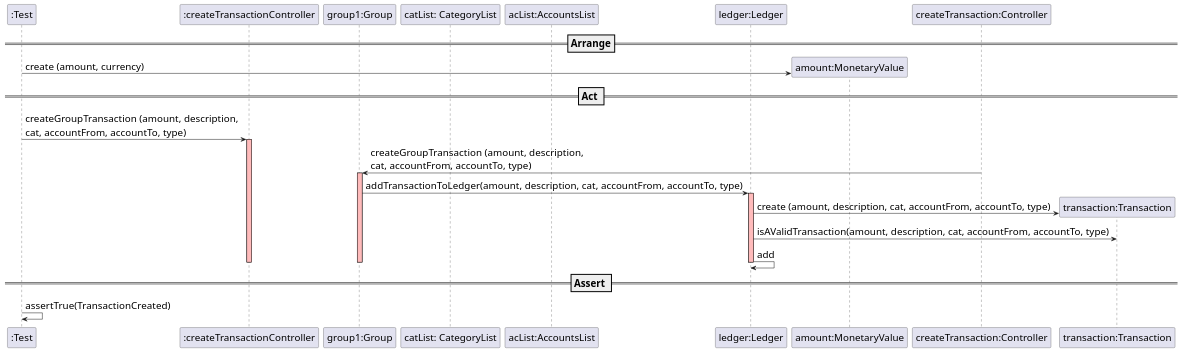
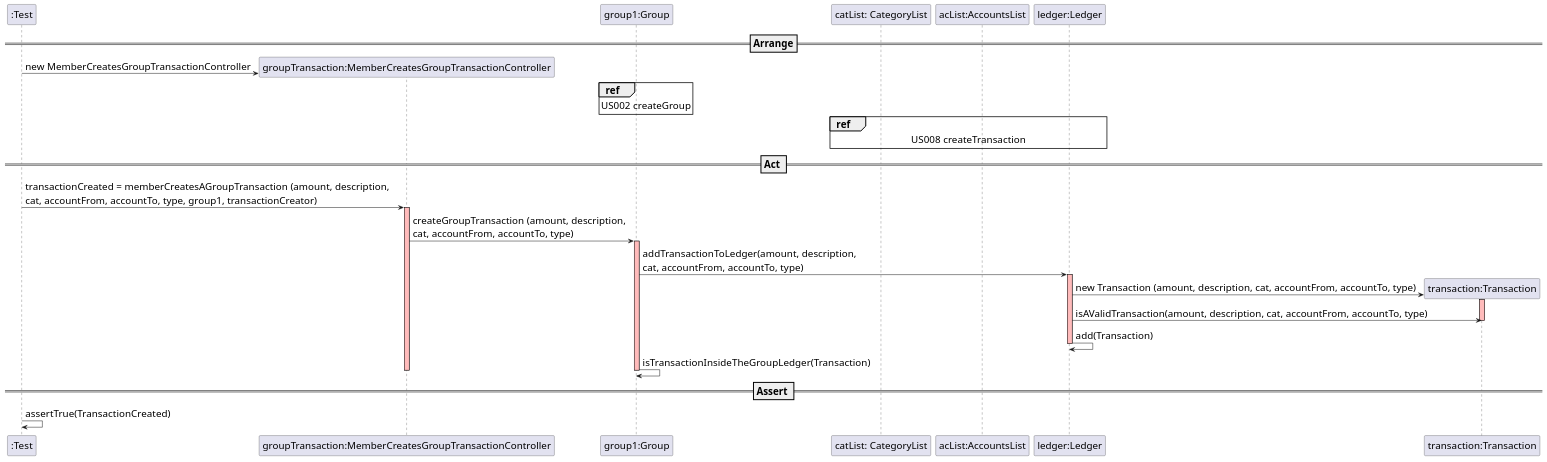
The diagram in docs/SequenceDiagram - US008.1.puml (mleitaoribeiro/DevOpsMaven), drawn with PlantUML before and after one commit. The commit also changed 1 other file, not shown here.

Commit message:
ref #372, ref #372

```diff
--- a/docs/SequenceDiagram - US008.1.puml
+++ b/docs/SequenceDiagram - US008.1.puml
@@ -2,41 +1,54 @@
 @startuml
 
 skinparam DefaultFontSize 20
 
 create ":Test"
 
 ==Arrange==
-create ":createTransactionController"
-create "group1:Group"
-create "catList: CategoryList"
-create "acList:AccountsList"
-create "ledger:Ledger"
+create "groupTransaction:MemberCreatesGroupTransactionController"
+":Test" -> "groupTransaction:MemberCreatesGroupTransactionController" : new MemberCreatesGroupTransactionController
 
-create "amount:MonetaryValue"
-":Test" -> "amount:MonetaryValue" : create (amount, currency)
+participant "group1:Group"
+participant "catList: CategoryList"
+participant "acList:AccountsList"
+participant "ledger:Ledger"
+
+ref over "group1:Group"
+    US002 createGroup
+end
+
+ref over "catList: CategoryList", "acList:AccountsList", "ledger:Ledger"
+    US008 createTransaction
+end
 
 == Act ==
 
-":Test" -> ":createTransactionController" : createGroupTransaction (amount, description, \ncat, accountFrom, accountTo, type)
-activate ":createTransactionController"  #FFBBBB
+":Test" -> "groupTransaction:MemberCreatesGroupTransactionController" : transactionCreated = memberCreatesAGroupTransaction (amount, description, \ncat, accountFrom, accountTo, type, group1, transactionCreator)
+activate "groupTransaction:MemberCreatesGroupTransactionController"  #FFBBBB
 
-"createTransaction:Controller" -> "group1:Group" : createGroupTransaction (amount, description, \ncat, accountFrom, accountTo, type)
+"groupTransaction:MemberCreatesGroupTransactionController" -> "group1:Group" : createGroupTransaction (amount, description, \ncat, accountFrom, accountTo, type)
 activate "group1:Group"  #FFBBBB
 
-"group1:Group" -> "ledger:Ledger" : addTransactionToLedger(amount, description, cat, accountFrom, accountTo, type)
+"group1:Group" -> "ledger:Ledger" : addTransactionToLedger(amount, description, \ncat, accountFrom, accountTo, type)
 activate "ledger:Ledger"  #FFBBBB
 
 create "transaction:Transaction"
-"ledger:Ledger" -> "transaction:Transaction" : create (amount, description, cat, accountFrom, accountTo, type)
+"ledger:Ledger" -> "transaction:Transaction" : new Transaction (amount, description, cat, accountFrom, accountTo, type)
+activate "transaction:Transaction"  #FFBBBB
+
 "ledger:Ledger" -> "transaction:Transaction" : isAValidTransaction(amount, description, cat, accountFrom, accountTo, type)
-"ledger:Ledger" -> "ledger:Ledger": add
+deactivate "transaction:Transaction"  #FFBBBB
 
+"ledger:Ledger" -> "ledger:Ledger": add(Transaction)
 deactivate "ledger:Ledger"  #FFBBBB
+
+"group1:Group" -> "group1:Group" : isTransactionInsideTheGroupLedger(Transaction)
+
 deactivate "group1:Group"  #FFBBBB
-deactivate ":createTransactionController"  #FFBBBB
+deactivate "groupTransaction:MemberCreatesGroupTransactionController" #FFBBBB
 
 == Assert ==
 
 ":Test" -> ":Test" : assertTrue(TransactionCreated)
 
 @enduml
```
